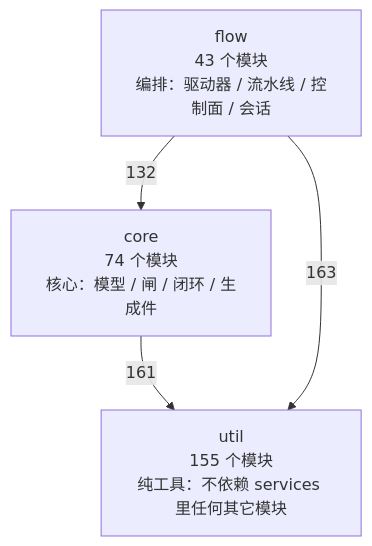
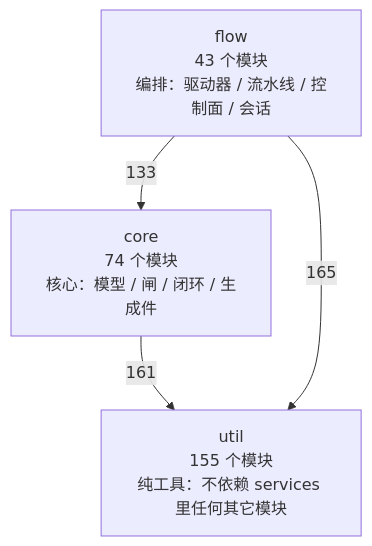
The first of 4 diagrams in docs/SlideRule V6.2 架构图（自动生成）.md (2686521696/WhyBuddy), drawn with Mermaid before and after one commit. The commit also changed other lines of this file and 6 other files, not shown here.

First line of the commit message:
启动探针改成 fail-open，orch_trace 默认关，两侧架构图重生成。

````diff
--- a/docs/SlideRule V6.2 架构图（自动生成）.md
+++ b/docs/SlideRule V6.2 架构图（自动生成）.md
@@ -50,9 +50,9 @@
 ```mermaid
 flowchart TB
   util["util<br/>155 个模块<br/>纯工具：不依赖 services 里任何其它模块"]
   core["core<br/>74 个模块<br/>核心：模型 / 闸 / 闭环 / 生成件"]
   flow["flow<br/>43 个模块<br/>编排：驱动器 / 流水线 / 控制面 / 会话"]
   core -->|161| util
-  flow -->|132| core
-  flow -->|163| util
+  flow -->|133| core
+  flow -->|165| util
 ```
````
